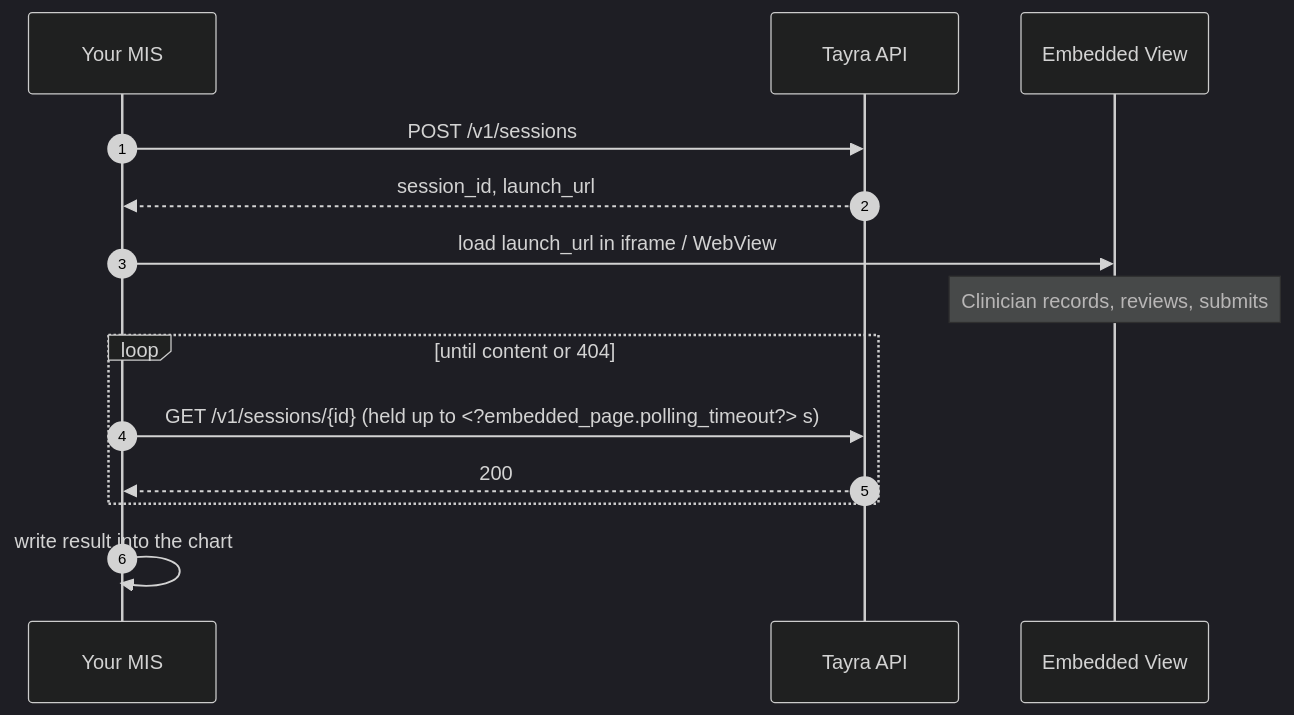
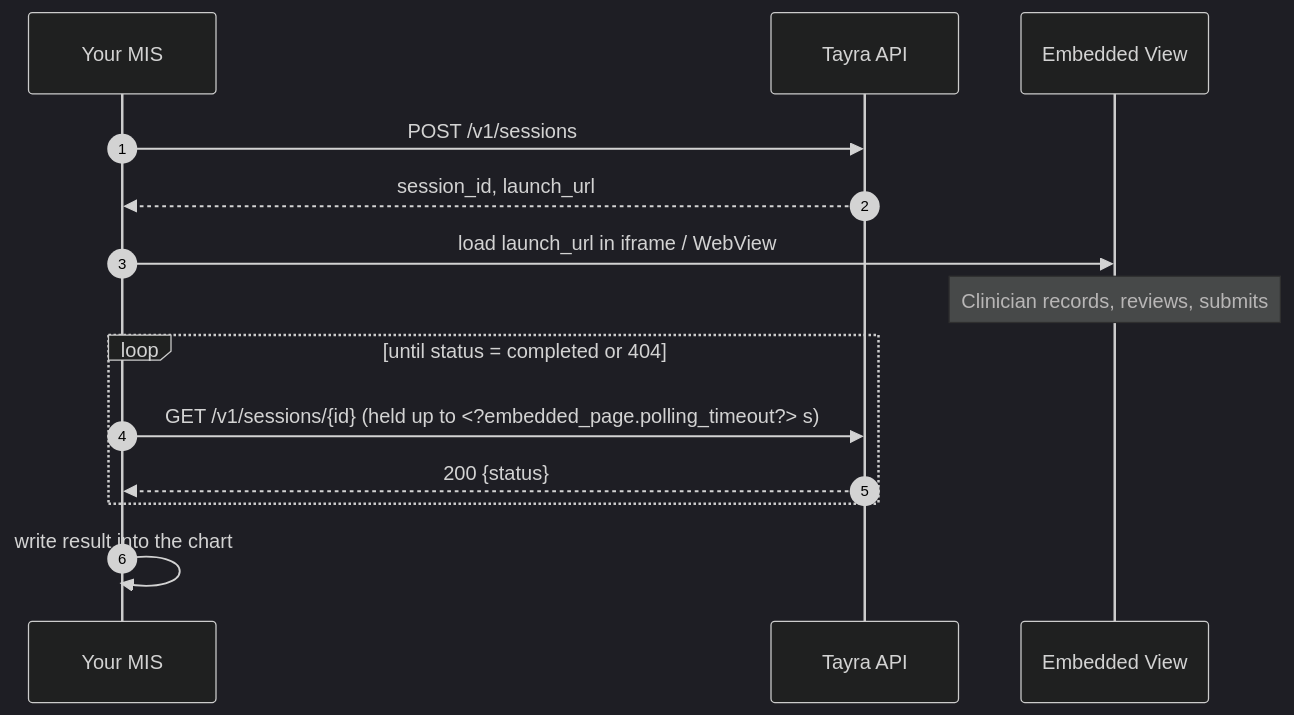
One commit to Tayra-AI/tayra-api-docs changed the diagram in docs/embedded-page.md. Above: the diagram before and after it, drawn with Mermaid (dark theme). The commit also changed other lines of this file and 3 other files, not shown here.

````diff
--- a/docs/embedded-page.md
+++ b/docs/embedded-page.md
@@ -26,16 +26,16 @@
 ```mermaid
 sequenceDiagram
   autonumber
   participant E as Your MIS
   participant T as Tayra API
   participant V as Embedded View
   E->>T: POST /v1/sessions
   T-->>E: session_id, launch_url
   E->>V: load launch_url in iframe / WebView
   Note over V: Clinician records, reviews, submits
-  loop until content or 404
+  loop until status = completed or 404
     E->>T: GET /v1/sessions/{id} (held up to <?embedded_page.polling_timeout?> s)
-    T-->>E: 200
+    T-->>E: 200 {status}
   end
   E->>E: write result into the chart
 ```
````
